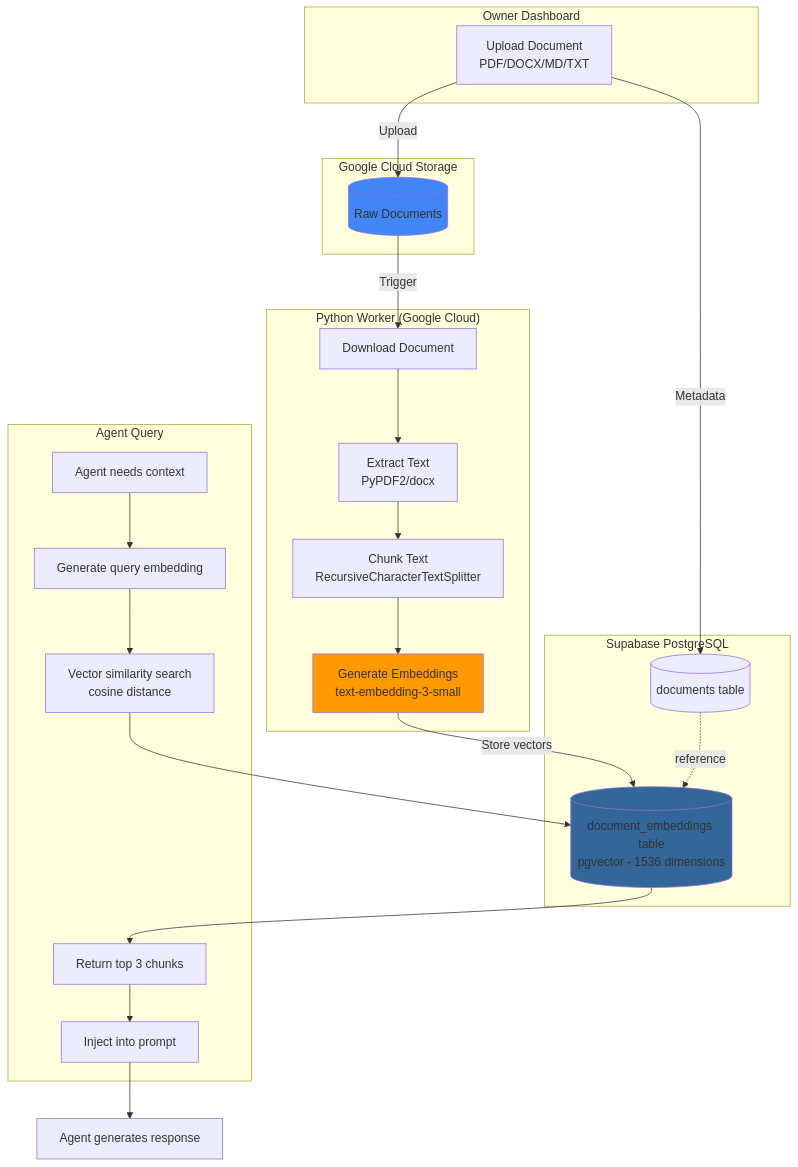
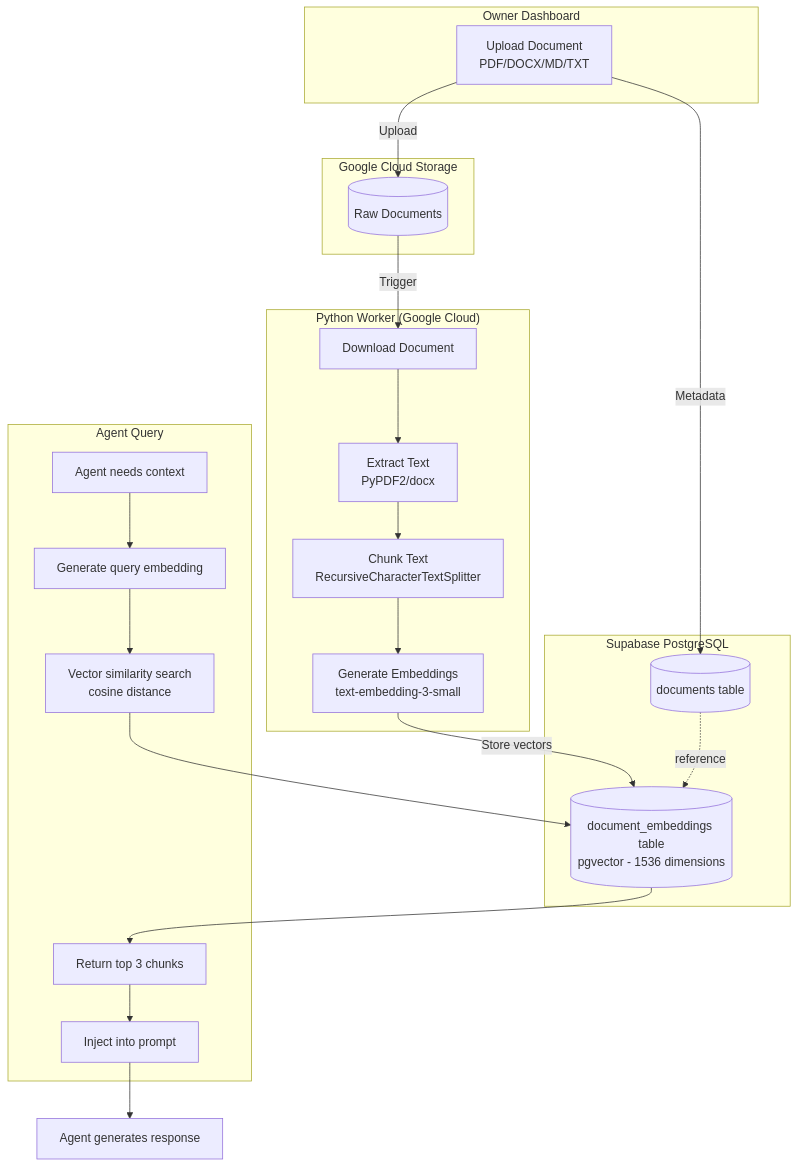
One commit to blockvoltcr7/langgraph-supervisors changed diagram 16 of 23 in limitlessos/ARCHITECTURE_DIAGRAMS.md. Above: the diagram before and after it, drawn with Mermaid. The commit also changed other lines of this file and 17 other files, not shown here.

````diff
--- a/limitlessos/ARCHITECTURE_DIAGRAMS.md
+++ b/limitlessos/ARCHITECTURE_DIAGRAMS.md
@@ -691,50 +648,46 @@
 ```mermaid
 graph TB
     subgraph "Owner Dashboard"
         A[Upload Document<br/>PDF/DOCX/MD/TXT]
     end
     
     subgraph "Google Cloud Storage"
         B[(Raw Documents)]
     end
     
     subgraph "Python Worker (Google Cloud)"
         C[Download Document]
         D[Extract Text<br/>PyPDF2/docx]
         E[Chunk Text<br/>RecursiveCharacterTextSplitter]
         F[Generate Embeddings<br/>text-embedding-3-small]
     end
     
     subgraph "Supabase PostgreSQL"
         G[(documents table)]
         H[(document_embeddings table<br/>pgvector - 1536 dimensions)]
     end
     
     subgraph "Agent Query"
         I[Agent needs context]
         J[Generate query embedding]
         K[Vector similarity search<br/>cosine distance]
         L[Return top 3 chunks]
         M[Inject into prompt]
     end
     
     A -->|Upload| B
     A -->|Metadata| G
     B -->|Trigger| C
     C --> D
     D --> E
     E --> F
     F -->|Store vectors| H
     G -.reference.-> H
     
     I --> J
     J --> K
     K --> H
     H --> L
     L --> M
     M --> Agent[Agent generates response]
-    
-    style B fill:#4285F4
-    style H fill:#336699
-    style F fill:#FF9900
 ```
````
